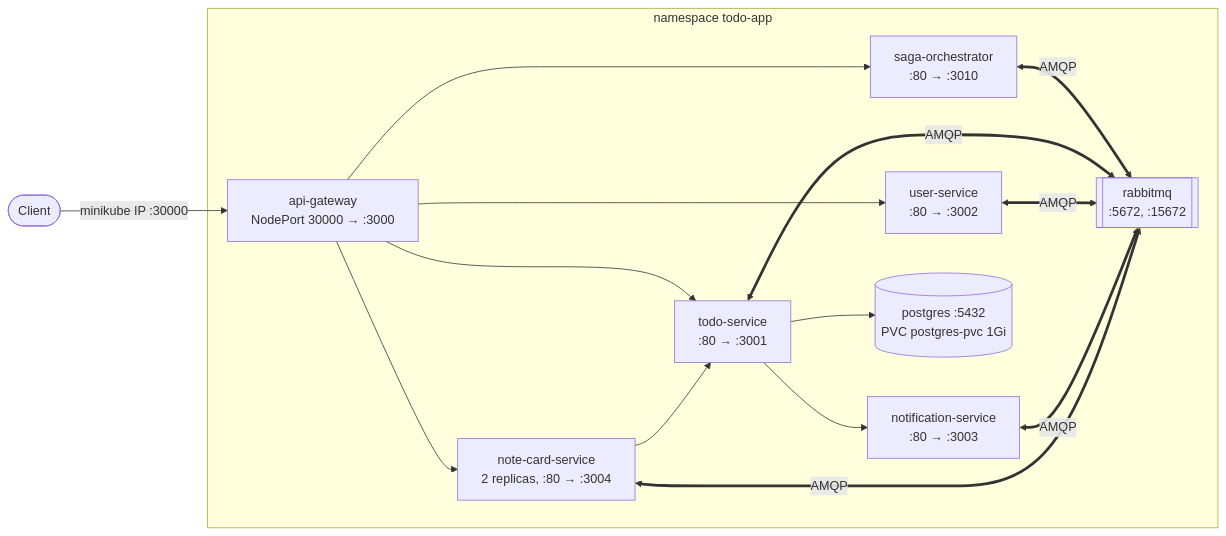
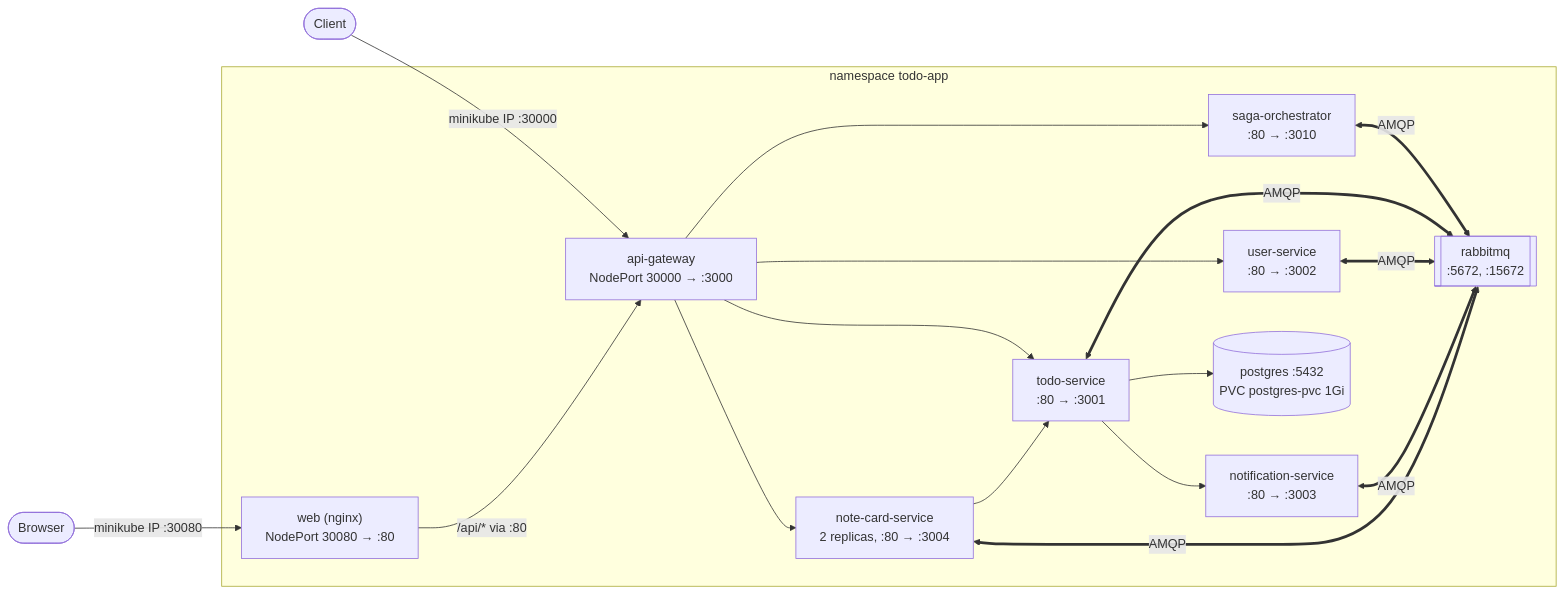
Before and after one commit to EotronRM/todo-microservices-example: diagram 12 of 12 in docs/architecture.md, drawn with Mermaid. The commit also changed other lines of this file and 4 other files, not shown here.

````diff
--- a/docs/architecture.md
+++ b/docs/architecture.md
@@ -398,21 +398,24 @@
 ```mermaid
 flowchart LR
     client([Client]) -->|"minikube IP :30000"| gw
+    browser([Browser]) -->|"minikube IP :30080"| web
 
     subgraph ns["namespace todo-app"]
         gw["api-gateway<br/>NodePort 30000 → :3000"]
+        web["web (nginx)<br/>NodePort 30080 → :80"]
         orch["saga-orchestrator<br/>:80 → :3010"]
         todo["todo-service<br/>:80 → :3001"]
         user["user-service<br/>:80 → :3002"]
         notif["notification-service<br/>:80 → :3003"]
         nc["note-card-service<br/>2 replicas, :80 → :3004"]
         pg[("postgres :5432<br/>PVC postgres-pvc 1Gi")]
         mq[["rabbitmq<br/>:5672, :15672"]]
     end
 
+    web -->|"/api/* via :80"| gw
     gw --> todo & user & nc & orch
     todo --> notif
     nc --> todo
     todo --> pg
     orch & todo & user & notif & nc <==>|AMQP| mq
 ```
````
